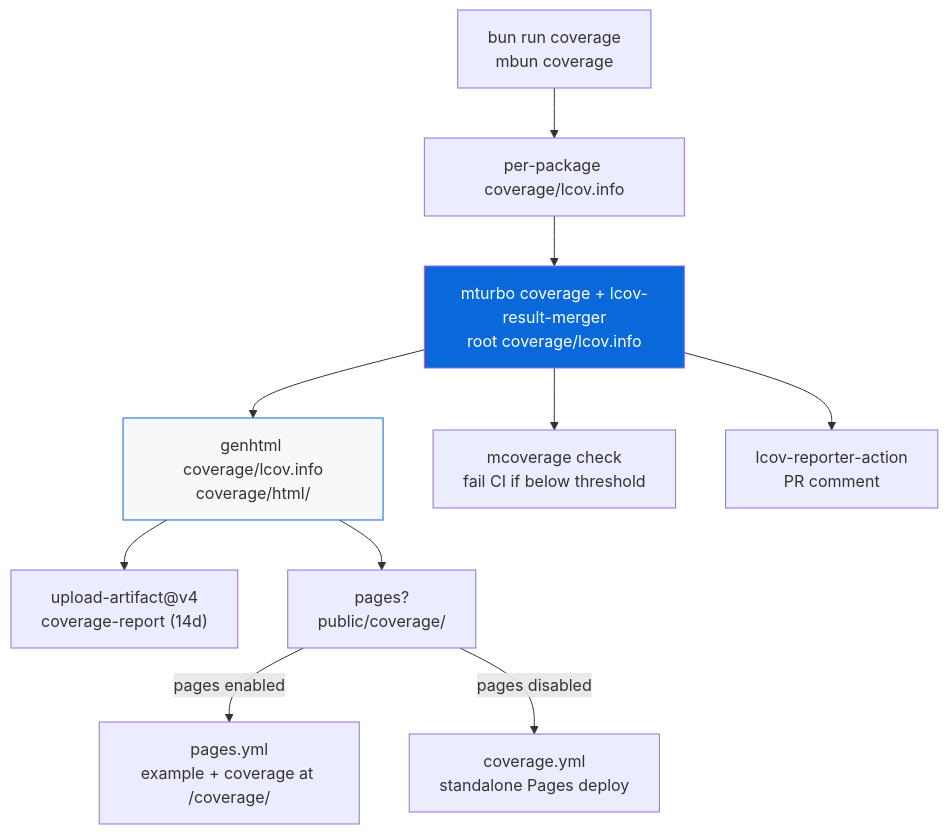
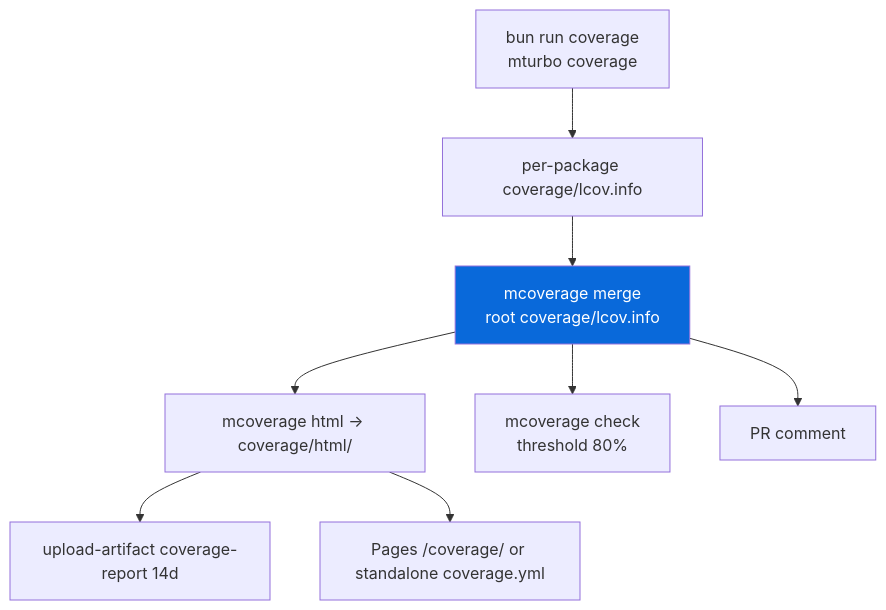
Before and after one commit to Archont561/ts-monorepo-template: the diagram in configs/coverage/README.md, drawn with Mermaid. The commit also changed other lines of this file and 32 other files, not shown here.

````diff
--- a/configs/coverage/README.md
+++ b/configs/coverage/README.md
@@ -22,15 +21,12 @@
 ```mermaid
 graph TD
-    A["bun run coverage<br/>mbun coverage"] --> B["per-package coverage/lcov.info"]
-    B --> C["mturbo coverage + lcov-result-merger<br/>root coverage/lcov.info"]
-    C --> D["genhtml coverage/lcov.info<br/>coverage/html/"]
-    D --> E["upload-artifact@v4<br/>coverage-report (14d)"]
-    D --> F["pages?<br/>public/coverage/"]
-    F -->|pages enabled| G["pages.yml<br/>example + coverage at /coverage/"]
-    F -->|pages disabled| H["coverage.yml<br/>standalone Pages deploy"]
-    C --> I["mcoverage check<br/>fail CI if below threshold"]
-    C --> J["lcov-reporter-action<br/>PR comment"]
+    A[bun run coverage<br/>mturbo coverage] --> B[per-package coverage/lcov.info]
+    B --> C[mcoverage merge<br/>root coverage/lcov.info]
+    C --> D[mcoverage html → coverage/html/]
+    D --> E[upload-artifact coverage-report 14d]
+    C --> F[mcoverage check<br/>threshold 80%]
+    C --> G[PR comment]
+    D --> H[Pages /coverage/ or standalone coverage.yml]
 
     style C fill:#0969DA,color:#fff
-    style D fill:#f6f8fa,stroke:#0969DA
 ```
````
